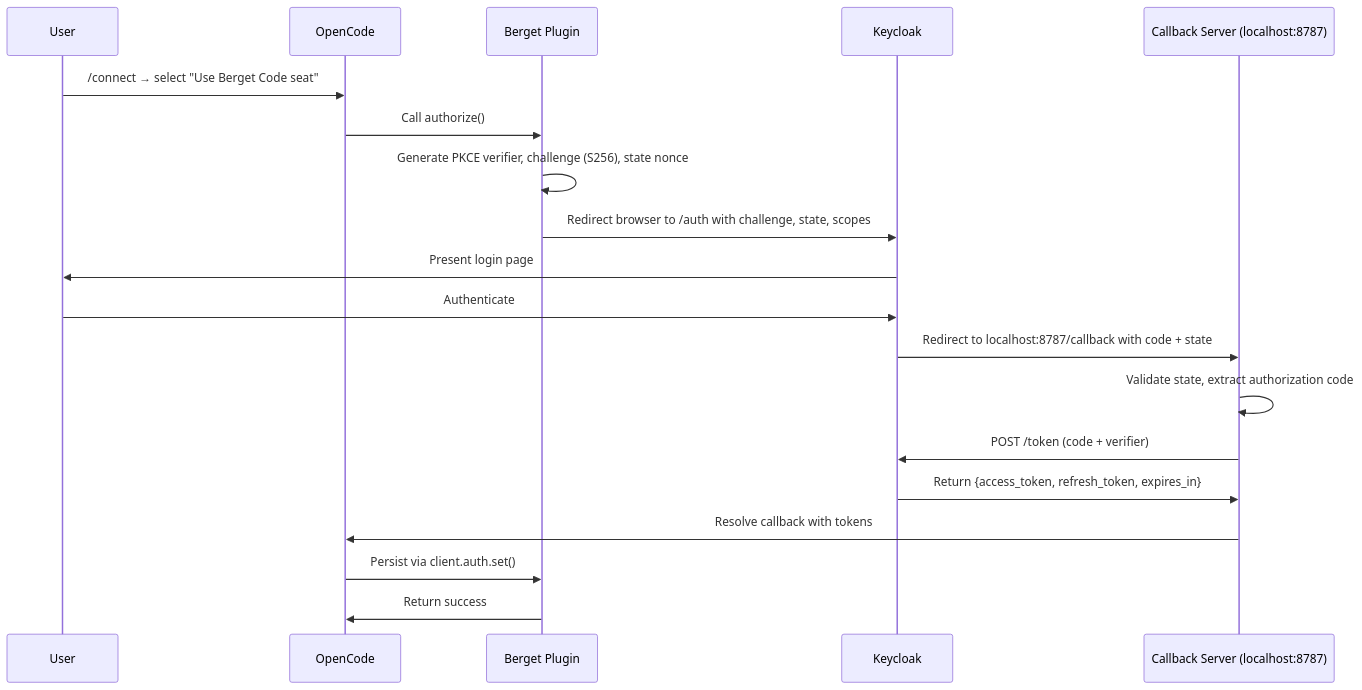
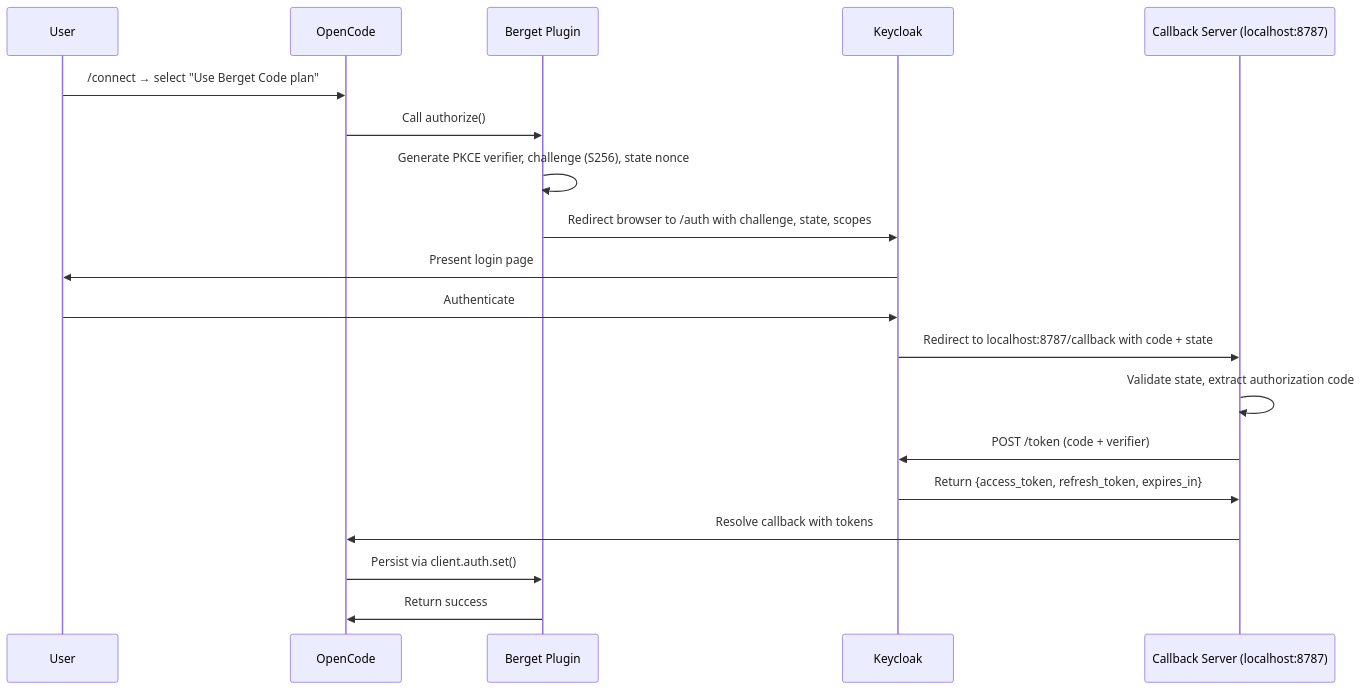
One commit to berget-ai/opencode-berget-auth changed the first of 3 diagrams in docs/auth.md. Above: the diagram before and after it, drawn with Mermaid. The commit also changed 4 other files, not shown here.

Commit message:
docs(auth): rename label to 'Use Berget Code plan'

````diff
--- a/docs/auth.md
+++ b/docs/auth.md
@@ -86,22 +86,22 @@
 ```mermaid
 sequenceDiagram
     participant U as User
     participant OC as OpenCode
     participant BP as Berget Plugin
     participant K as Keycloak
     participant CB as Callback Server (localhost:8787)
 
-    U->>OC: /connect → select "Use Berget Code seat"
+    U->>OC: /connect → select "Use Berget Code plan"
     OC->>BP: Call authorize()
     BP->>BP: Generate PKCE verifier, challenge (S256), state nonce
     BP->>K: Redirect browser to /auth with challenge, state, scopes
     K->>U: Present login page
     U->>K: Authenticate
     K->>CB: Redirect to localhost:8787/callback with code + state
     CB->>CB: Validate state, extract authorization code
     CB->>K: POST /token (code + verifier)
     K->>CB: Return {access_token, refresh_token, expires_in}
     CB->>OC: Resolve callback with tokens
     OC->>BP: Persist via client.auth.set()
     BP->>OC: Return success
 ```
````
